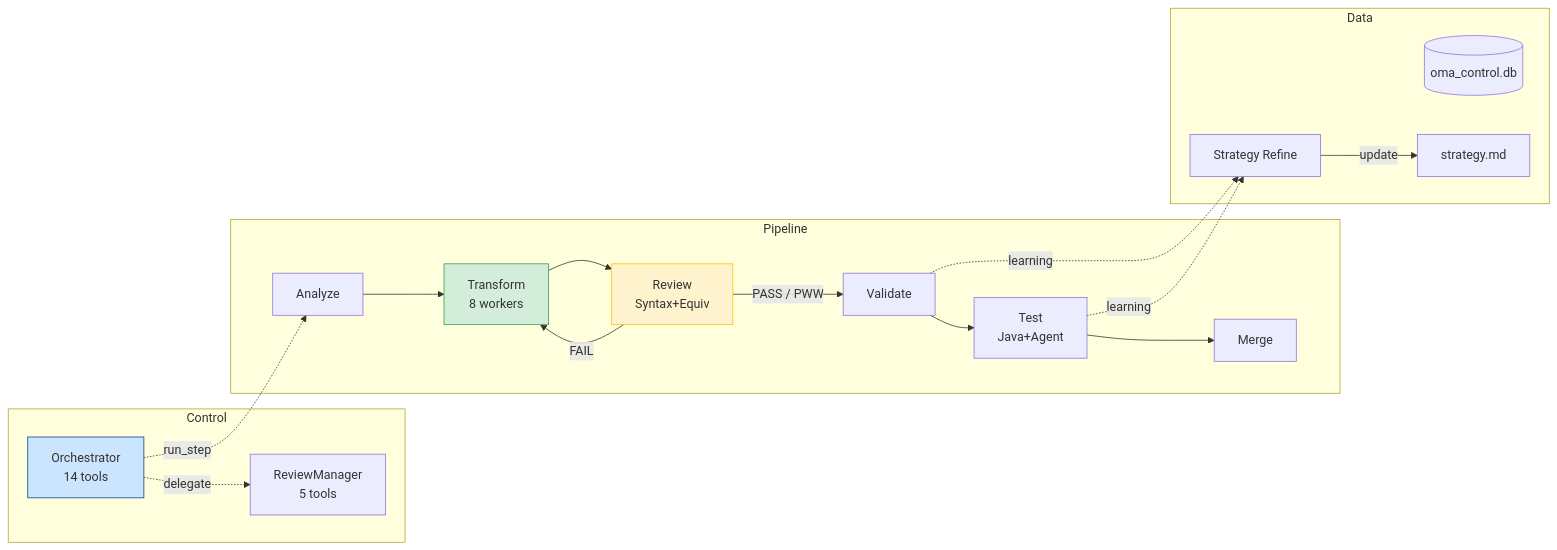
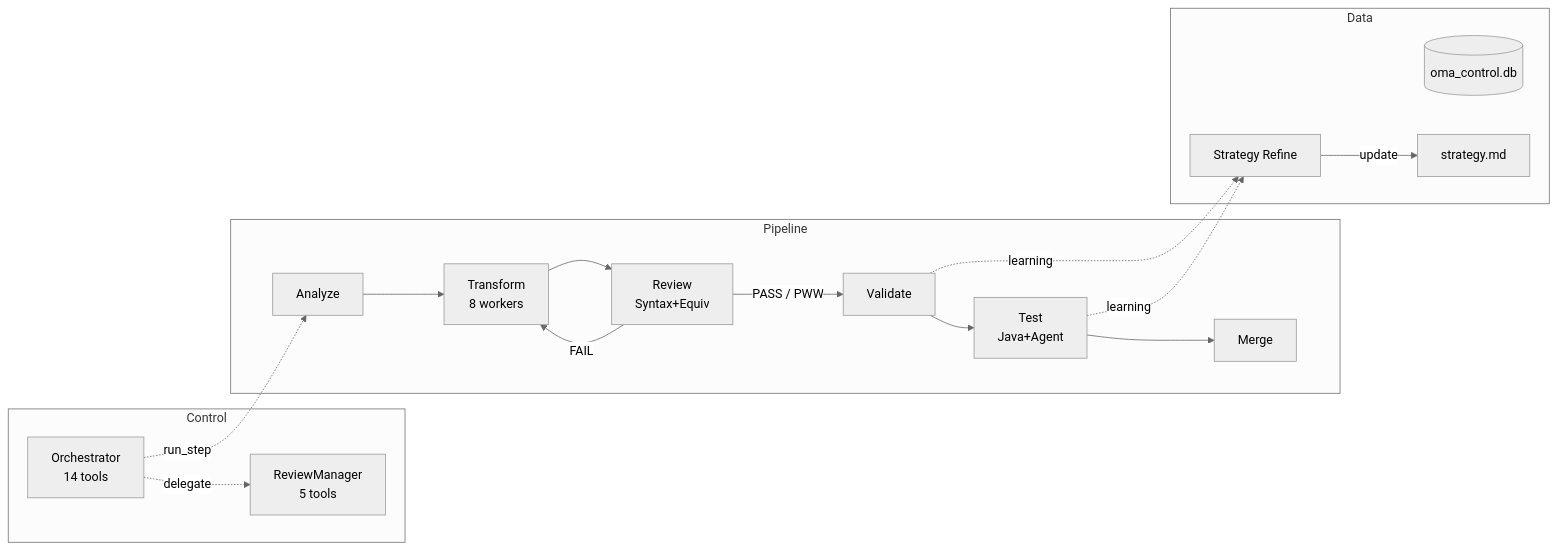
One commit to aws-samples/sample-oracle-modernization-agent changed the diagram in docs/SYSTEM_DOCUMENTATION.md. Above: the diagram before and after it, drawn with Mermaid.

Commit message:
fix: Use neutral mermaid theme for dark mode compatibility

````diff
--- a/docs/SYSTEM_DOCUMENTATION.md
+++ b/docs/SYSTEM_DOCUMENTATION.md
@@ -43,32 +43,29 @@
 ```mermaid
+%%{init: {'theme': 'neutral'}}%%
 graph LR
     subgraph Control
         ORC[Orchestrator<br/>14 tools]
         RVM[ReviewManager<br/>5 tools]
     end
 
     subgraph Pipeline
         ANA[Analyze] --> TRF[Transform<br/>8 workers]
         TRF --> REV[Review<br/>Syntax+Equiv]
         REV -->|PASS / PWW| VAL[Validate]
         REV -->|FAIL| TRF
         VAL --> TST[Test<br/>Java+Agent]
         TST --> MRG[Merge]
     end
 
     subgraph Data
         DB[(oma_control.db)]
         STG[strategy.md]
         SRF[Strategy Refine]
     end
 
     ORC -.->|run_step| ANA
     ORC -.->|delegate| RVM
     VAL -.->|learning| SRF
     TST -.->|learning| SRF
     SRF -->|update| STG
-
-    style REV fill:#fff3cd,stroke:#ffc107
-    style TRF fill:#d4edda,stroke:#28a745
-    style ORC fill:#cce5ff,stroke:#004085
 ```
````
